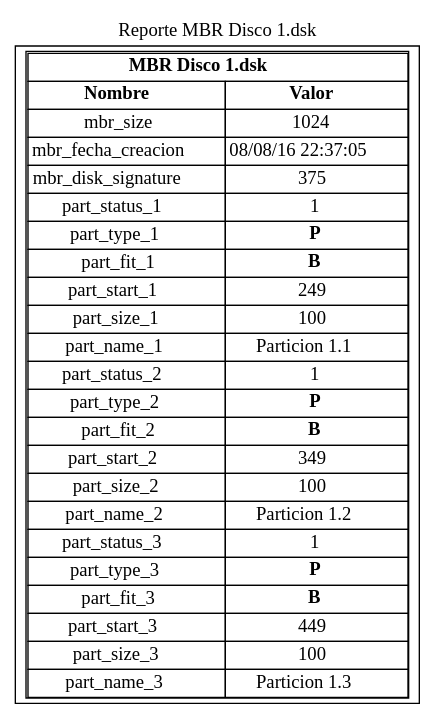
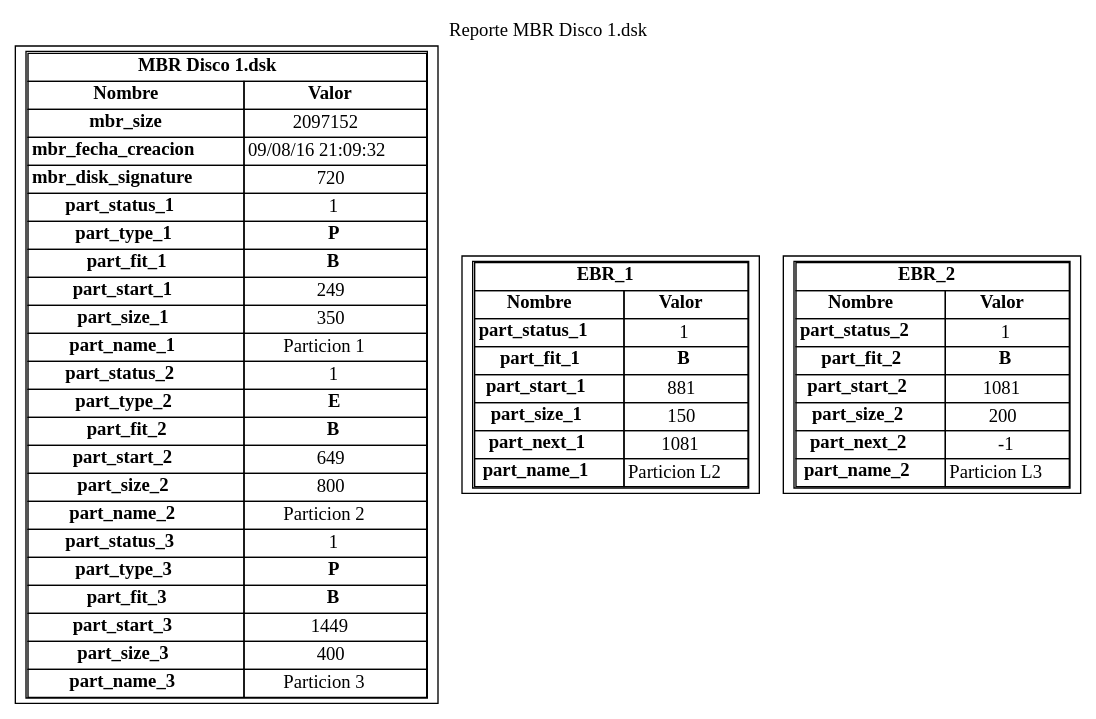
Before and after one commit to djuarez13663/-MIA-_201313663: the diagram in Proyecto/Reporte.dot, drawn with Graphviz. The commit also changed 11 other files, not shown here.

```diff
--- a/Proyecto/Reporte.dot
+++ b/Proyecto/Reporte.dot
@@ -1,30 +1,50 @@
 digraph g{
 node[shape = box];
 label = "Reporte MBR Disco 1.dsk";
 labelloc = "t";
 "Record" [label = <<table border = "1" cellspacing = "0">
 <tr><td colspan = "2"><b>MBR Disco 1.dsk</b></td></tr>
 <tr><td><b>Nombre</b></td><td><b>Valor</b></td></tr>
-<tr><td>mbr_size</td><td>1024</td></tr>
-<tr><td>mbr_fecha_creacion</td><td>08/08/16 22:37:05</td></tr>
-<tr><td>mbr_disk_signature</td><td>375</td></tr>
-<tr><td>part_status_1</td><td>1</td></tr>
-<tr><td>part_type_1</td><td><b>P</b></td></tr>
-<tr><td>part_fit_1</td><td><b>B</b></td></tr>
-<tr><td>part_start_1</td><td>249</td></tr>
-<tr><td>part_size_1</td><td>100</td></tr>
-<tr><td>part_name_1</td><td>Particion 1.1</td></tr>
-<tr><td>part_status_2</td><td>1</td></tr>
-<tr><td>part_type_2</td><td><b>P</b></td></tr>
-<tr><td>part_fit_2</td><td><b>B</b></td></tr>
-<tr><td>part_start_2</td><td>349</td></tr>
-<tr><td>part_size_2</td><td>100</td></tr>
-<tr><td>part_name_2</td><td>Particion 1.2</td></tr>
-<tr><td>part_status_3</td><td>1</td></tr>
-<tr><td>part_type_3</td><td><b>P</b></td></tr>
-<tr><td>part_fit_3</td><td><b>B</b></td></tr>
-<tr><td>part_start_3</td><td>449</td></tr>
-<tr><td>part_size_3</td><td>100</td></tr>
-<tr><td>part_name_3</td><td>Particion 1.3</td></tr>
+<tr><td><b>mbr_size</b></td><td>2097152</td></tr>
+<tr><td><b>mbr_fecha_creacion</b></td><td>09/08/16 21:09:32</td></tr>
+<tr><td><b>mbr_disk_signature</b></td><td>720</td></tr>
+<tr><td><b>part_status_1</b></td><td>1</td></tr>
+<tr><td><b>part_type_1</b></td><td><b>P</b></td></tr>
+<tr><td><b>part_fit_1</b></td><td><b>B</b></td></tr>
+<tr><td><b>part_start_1</b></td><td>249</td></tr>
+<tr><td><b>part_size_1</b></td><td>350</td></tr>
+<tr><td><b>part_name_1</b></td><td>Particion 1</td></tr>
+<tr><td><b>part_status_2</b></td><td>1</td></tr>
+<tr><td><b>part_type_2</b></td><td><b>E</b></td></tr>
+<tr><td><b>part_fit_2</b></td><td><b>B</b></td></tr>
+<tr><td><b>part_start_2</b></td><td>649</td></tr>
+<tr><td><b>part_size_2</b></td><td>800</td></tr>
+<tr><td><b>part_name_2</b></td><td>Particion 2</td></tr>
+<tr><td><b>part_status_3</b></td><td>1</td></tr>
+<tr><td><b>part_type_3</b></td><td><b>P</b></td></tr>
+<tr><td><b>part_fit_3</b></td><td><b>B</b></td></tr>
+<tr><td><b>part_start_3</b></td><td>1449</td></tr>
+<tr><td><b>part_size_3</b></td><td>400</td></tr>
+<tr><td><b>part_name_3</b></td><td>Particion 3</td></tr>
+</table>>];
+"Record1" [label = <<table border = "1" cellspacing = "0">
+<tr><td colspan = "2"><b>EBR_1</b></td></tr>
+<tr><td><b>Nombre</b></td><td><b>Valor</b></td></tr>
+<tr><td><b>part_status_1</b></td><td>1</td></tr>
+<tr><td><b>part_fit_1</b></td><td><b>B</b></td></tr>
+<tr><td><b>part_start_1</b></td><td>881</td></tr>
+<tr><td><b>part_size_1</b></td><td>150</td></tr>
+<tr><td><b>part_next_1</b></td><td>1081</td></tr>
+<tr><td><b>part_name_1</b></td><td>Particion L2</td></tr>
+</table>>];
+"Record2" [label = <<table border = "1" cellspacing = "0">
+<tr><td colspan = "2"><b>EBR_2</b></td></tr>
+<tr><td><b>Nombre</b></td><td><b>Valor</b></td></tr>
+<tr><td><b>part_status_2</b></td><td>1</td></tr>
+<tr><td><b>part_fit_2</b></td><td><b>B</b></td></tr>
+<tr><td><b>part_start_2</b></td><td>1081</td></tr>
+<tr><td><b>part_size_2</b></td><td>200</td></tr>
+<tr><td><b>part_next_2</b></td><td>-1</td></tr>
+<tr><td><b>part_name_2</b></td><td>Particion L3</td></tr>
 </table>>];
 }
```
